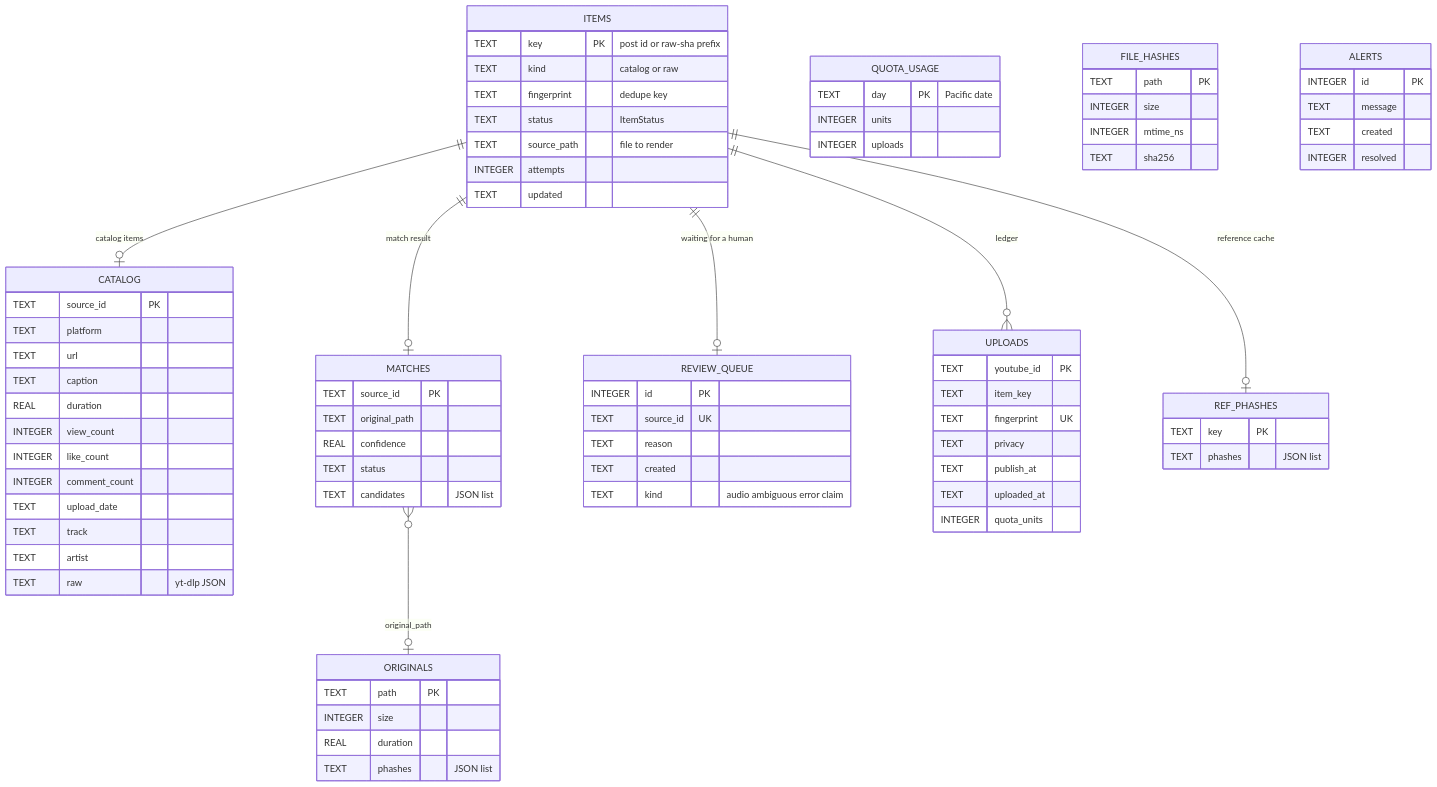
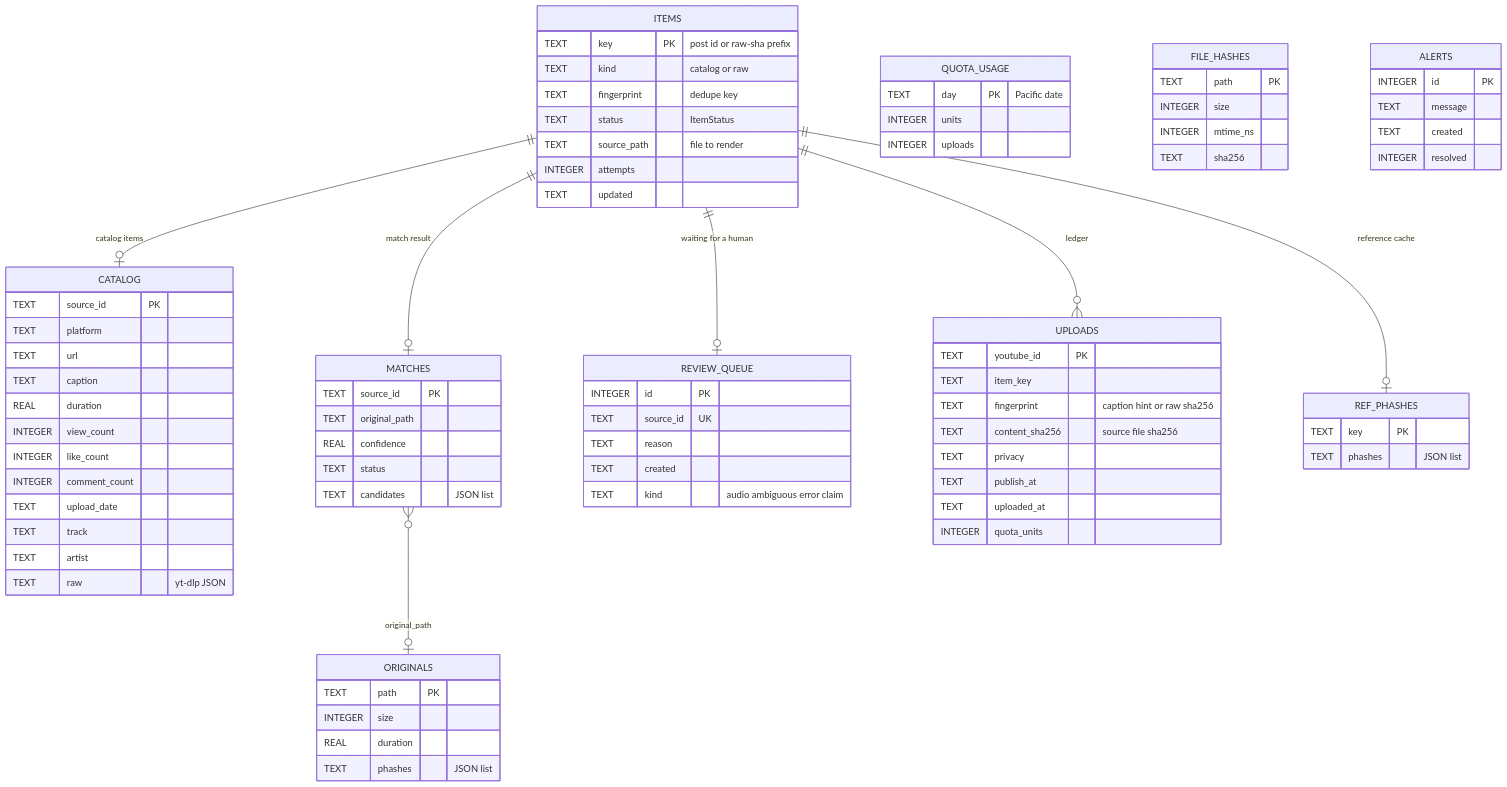
The fourth of 4 diagrams in docs/architecture.md (m-elkhou/social2shorts), drawn with Mermaid before and after one commit. The commit also changed other lines of this file and 20 other files, not shown here.

```diff
--- a/docs/architecture.md
+++ b/docs/architecture.md
@@ -257,7 +285,8 @@
     UPLOADS {
         TEXT youtube_id PK
         TEXT item_key
-        TEXT fingerprint UK
+        TEXT fingerprint "caption hint or raw sha256"
+        TEXT content_sha256 "source file sha256"
         TEXT privacy
         TEXT publish_at
         TEXT uploaded_at
```
